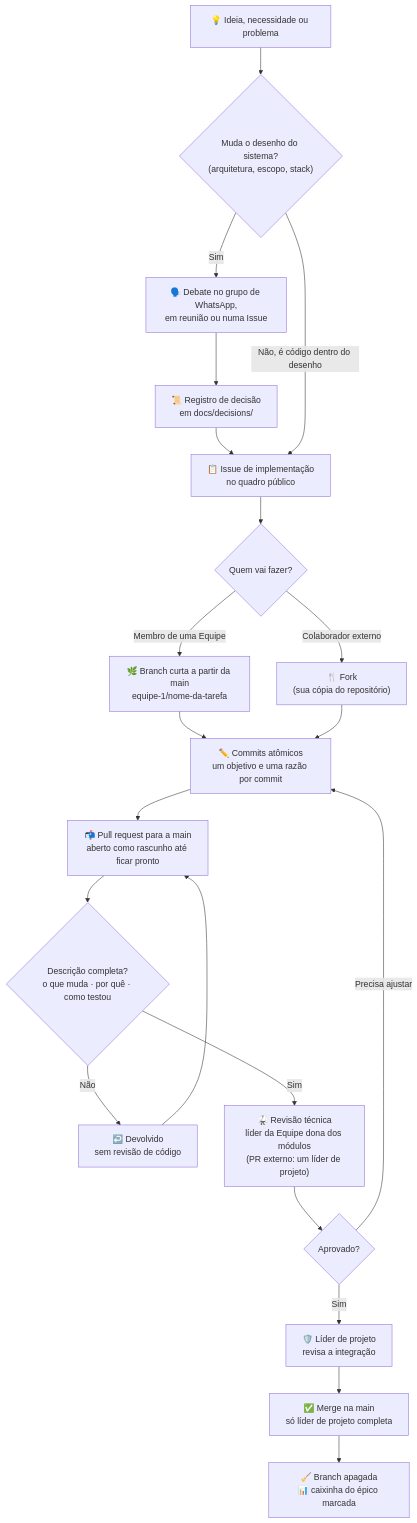
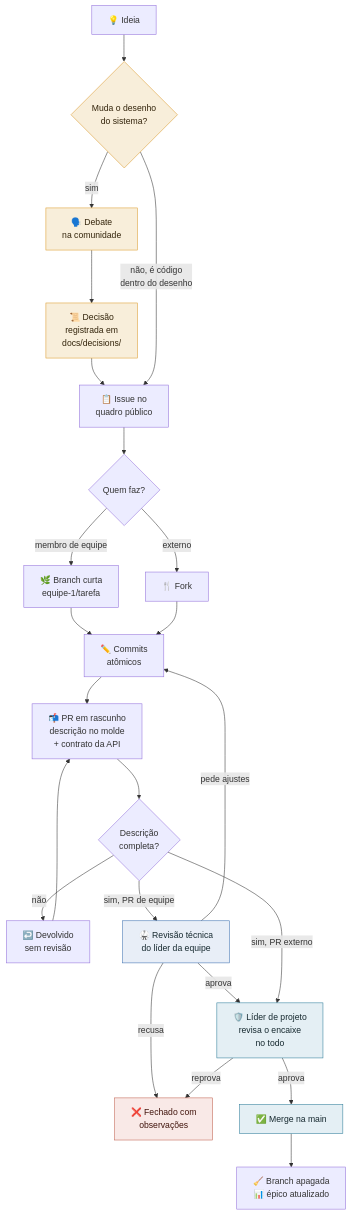
One commit to Iniciativa-OpenClinic/OpenClinic changed the diagram in CONTRIBUTING.md. Above: the diagram before and after it, drawn with Mermaid. The commit also changed other lines of this file and 1 other file, not shown here.

Commit message:
Redesenha os diagramas de contribuição e governança
O renderizador de mermaid do GitHub corta linhas compridas, em especial as que começam com emoji, e os cinco diagramas exibiam texto pela metade. Todas as caixas passam a usar linhas curtas com quebras explícitas, com o detalhe morando nas tabelas e no texto ao redor.

No fluxo de contribuição, a revisão do líder da equipe ganha os três desfechos (aprova, pede ajustes, recusa com observações), o pull request nasce em rascunho já com a descrição no molde e o contrato da API, e fica explícito que ao líder de projeto só chegam PRs aprovados pelo líder da equipe ou vindos de fork externo. No organograma, cada equipe mostra seu líder único, que aprova os PRs do time antes da revisão final. Papéis-chave ganham cores suaves com texto escuro, legíveis nos temas claro e escuro, e o prefixo de branch dos exemplos passa a equipe-1.

````diff
--- a/CONTRIBUTING.md
+++ b/CONTRIBUTING.md
@@ -60,28 +60,33 @@
 ```mermaid
 flowchart TD
-    A["💡 Ideia, necessidade ou problema"] --> B{"Muda o desenho do sistema?<br/>(arquitetura, escopo, stack)"}
-
-    B -- "Sim" --> C["🗣️ Debate no grupo de WhatsApp,<br/>em reunião ou numa Issue"]
-    C --> D["📜 Registro de decisão<br/>em docs/decisions/"]
-    D --> E["📋 Issue de implementação<br/>no quadro público"]
-    B -- "Não, é código dentro do desenho" --> E
-
-    E --> F{"Quem vai fazer?"}
-    F -- "Membro de uma Equipe" --> G["🌿 Branch curta a partir da main<br/>equipe-1/nome-da-tarefa"]
-    F -- "Colaborador externo" --> H["🍴 Fork<br/>(sua cópia do repositório)"]
-
-    G --> I["✏️ Commits atômicos<br/>um objetivo e uma razão por commit"]
+    A["💡 Ideia"] --> B{"Muda o desenho<br/>do sistema?"}
+    B -- "sim" --> C["🗣️ Debate<br/>na comunidade"]
+    C --> D["📜 Decisão<br/>registrada em<br/>docs/decisions/"]
+    D --> E["📋 Issue no<br/>quadro público"]
+    B -- "não, é código<br/>dentro do desenho" --> E
+    E --> F{"Quem faz?"}
+    F -- "membro de equipe" --> G["🌿 Branch curta<br/>equipe-1/tarefa"]
+    F -- "externo" --> H["🍴 Fork"]
+    G --> I["✏️ Commits<br/>atômicos"]
     H --> I
-    I --> J["📬 Pull request para a main<br/>aberto como rascunho até ficar pronto"]
-
-    J --> K{"Descrição completa?<br/>o que muda · por quê · como testou"}
-    K -- "Não" --> L["↩️ Devolvido<br/>sem revisão de código"]
+    I --> J["📬 PR em rascunho<br/>descrição no molde<br/>+ contrato da API"]
+    J --> K{"Descrição<br/>completa?"}
+    K -- "não" --> L["↩️ Devolvido<br/>sem revisão"]
     L --> J
-    K -- "Sim" --> M["🥋 Revisão técnica<br/>líder da Equipe dona dos módulos<br/>(PR externo: um líder de projeto)"]
-
-    M --> N{"Aprovado?"}
-    N -- "Precisa ajustar" --> I
-    N -- "Sim" --> O["🛡️ Líder de projeto<br/>revisa a integração"]
-    O --> P["✅ Merge na main<br/>só líder de projeto completa"]
-    P --> Q["🧹 Branch apagada<br/>📊 caixinha do épico marcada"]
+    K -- "sim, PR de equipe" --> M["🥋 Revisão técnica<br/>do líder da equipe"]
+    M -- "pede ajustes" --> I
+    M -- "recusa" --> X["❌ Fechado com<br/>observações"]
+    M -- "aprova" --> O["🛡️ Líder de projeto<br/>revisa o encaixe<br/>no todo"]
+    K -- "sim, PR externo" --> O
+    O -- "reprova" --> X
+    O -- "aprova" --> P["✅ Merge na main"]
+    P --> Q["🧹 Branch apagada<br/>📊 épico atualizado"]
+    classDef decisao fill:#F8EEDA,stroke:#DB9B2D,color:#33240B
+    classDef equipe fill:#E8EEF7,stroke:#3B6FB0,color:#16292F
+    classDef projeto fill:#E4EFF4,stroke:#2E7D9A,color:#16292F
+    classDef recusado fill:#F9E9E7,stroke:#C0604F,color:#42150D
+    class B,C,D decisao
+    class M equipe
+    class O,P projeto
+    class X recusado
 ```
````
